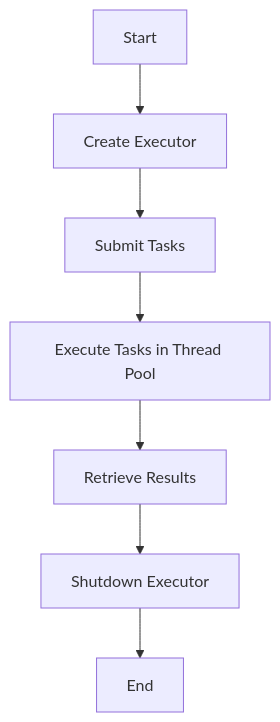
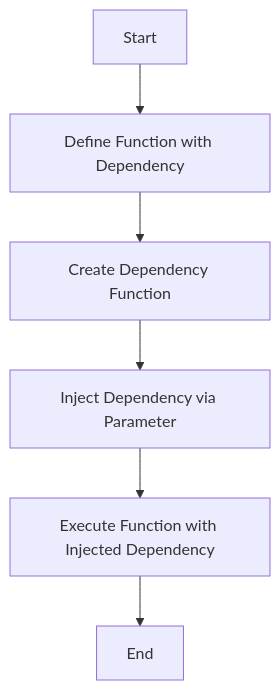
One commit to MasteryEducation/SoftwarePatternsLexicon.com changed the diagram in content/patterns-clojure/6/6/index.md. Above: the diagram before and after it, drawn with Mermaid. The commit also changed other lines of this file and 462 other files, not shown here.

````diff
--- a/content/patterns-clojure/6/6/index.md
+++ b/content/patterns-clojure/6/6/index.md
@@ -93,9 +118,8 @@
 ```mermaid
-graph TD;
-    A[Start] --> B[Create Executor]
-    B --> C[Submit Tasks]
-    C --> D[Execute Tasks in Thread Pool]
-    D --> E[Retrieve Results]
-    E --> F[Shutdown Executor]
-    F --> G[End]
+flowchart TD
+    A[Start] --> B[Define Function with Dependency]
+    B --> C[Create Dependency Function]
+    C --> D[Inject Dependency via Parameter]
+    D --> E[Execute Function with Injected Dependency]
+    E --> F[End]
 ```
````
